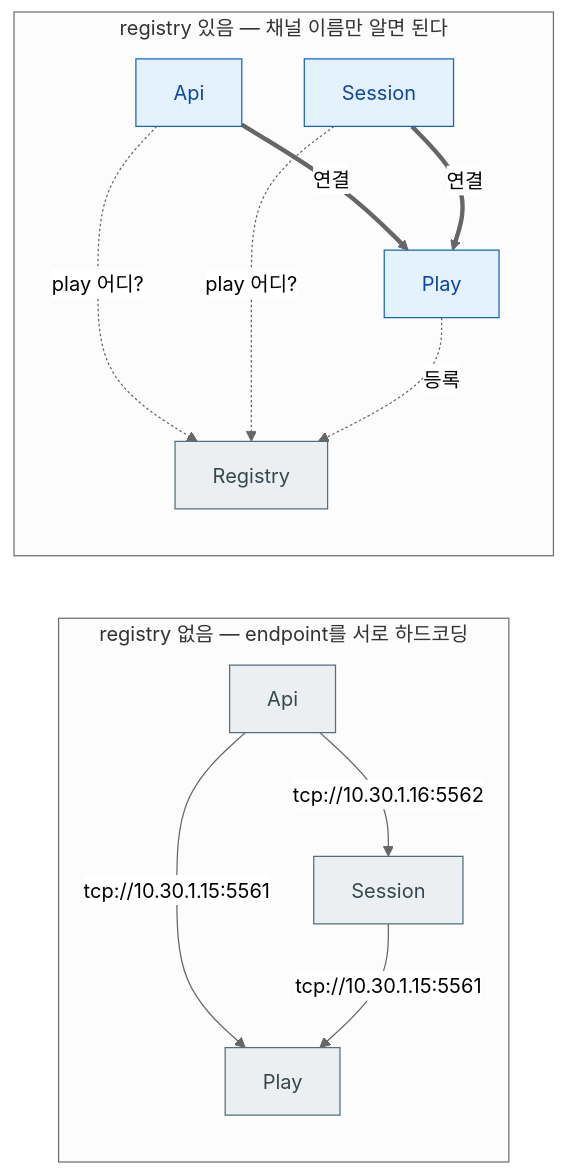
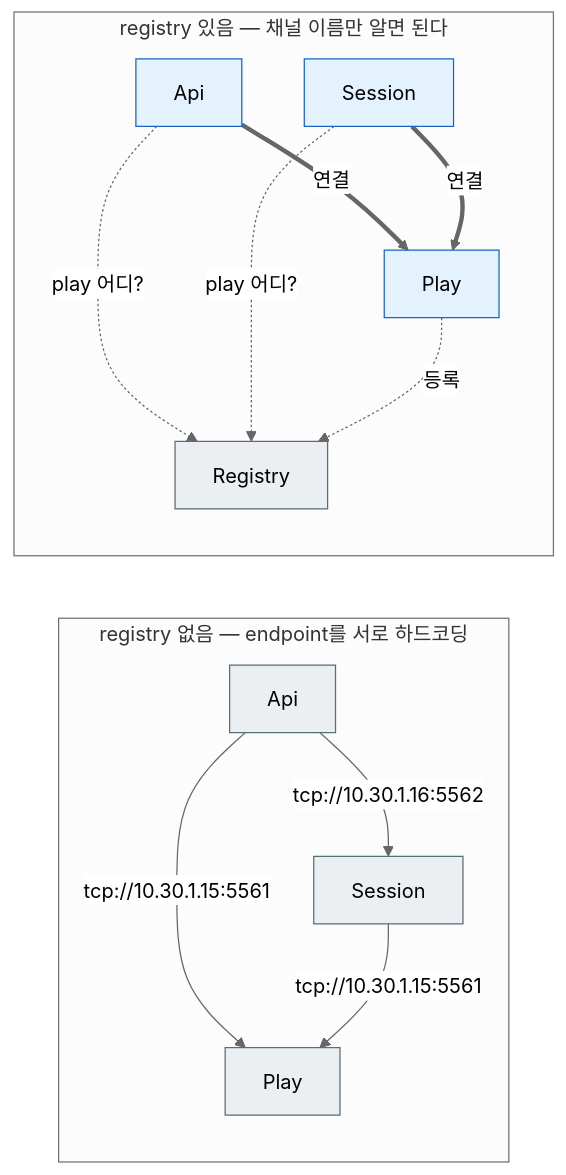
The first of 2 diagrams in framework/languages/cpp/doc/guide/11-registry.ko.md (kairos-code-dev/zlink), drawn with Mermaid (neutral theme) before and after one commit. The commit also changed 6 other files, not shown here.

First line of the commit message:
docs(cpp): set diagram node text to black for legibility

````diff
--- a/framework/languages/cpp/doc/guide/11-registry.ko.md
+++ b/framework/languages/cpp/doc/guide/11-registry.ko.md
@@ -13,19 +13,19 @@
 ```mermaid
 flowchart LR
     subgraph before["registry 없음 — endpoint를 서로 하드코딩"]
         A1["Api"]:::infra -- "tcp://10.30.1.15:5561" --> P1["Play"]:::infra
         A1 -- "tcp://10.30.1.16:5562" --> S1["Session"]:::infra
         S1 -- "tcp://10.30.1.15:5561" --> P1
     end
     subgraph after["registry 있음 — 채널 이름만 알면 된다"]
         R["Registry"]:::infra
         A2["Api"]:::channel -.->|"play 어디?"| R
         S2["Session"]:::channel -.->|"play 어디?"| R
         P2["Play"]:::channel -.->|등록| R
         A2 == 연결 ==> P2
         S2 == 연결 ==> P2
     end
 
-    classDef channel fill:#e3f2fd,stroke:#1565c0,color:#0d47a1
-    classDef infra fill:#eceff1,stroke:#546e7a,color:#37474f
+    classDef channel fill:#e3f2fd,stroke:#1565c0,color:#000000
+    classDef infra fill:#eceff1,stroke:#546e7a,color:#000000
 ```
````
